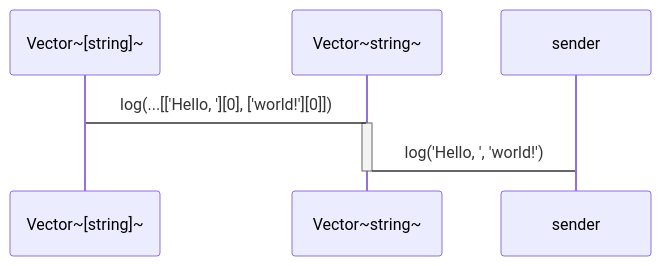
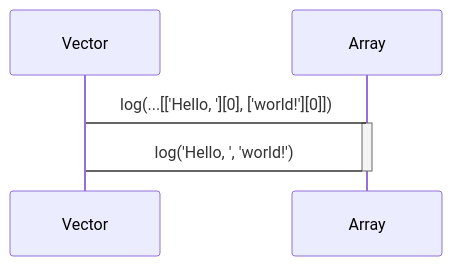
Before and after one commit to domrally/peekeasy: the fourth of 5 diagrams in README.md, drawn with Mermaid. The commit also changed other lines of this file, not shown here.

````diff
--- a/README.md
+++ b/README.md
@@ -121,7 +121,7 @@
 ```mermaid
 sequenceDiagram
-    Vector~[string]~->Vector~string~: log(...[['Hello, '][0], ['world!'][0]])
-    activate Vector~string~
-    Vector~string~->sender: log('Hello, ', 'world!')
-    deactivate Vector~string~
+    Vector->Array: log(...[['Hello, '][0], ['world!'][0]])
+    activate Array
+    Array->Vector: log('Hello, ', 'world!')
+    deactivate Array
 ```
````
